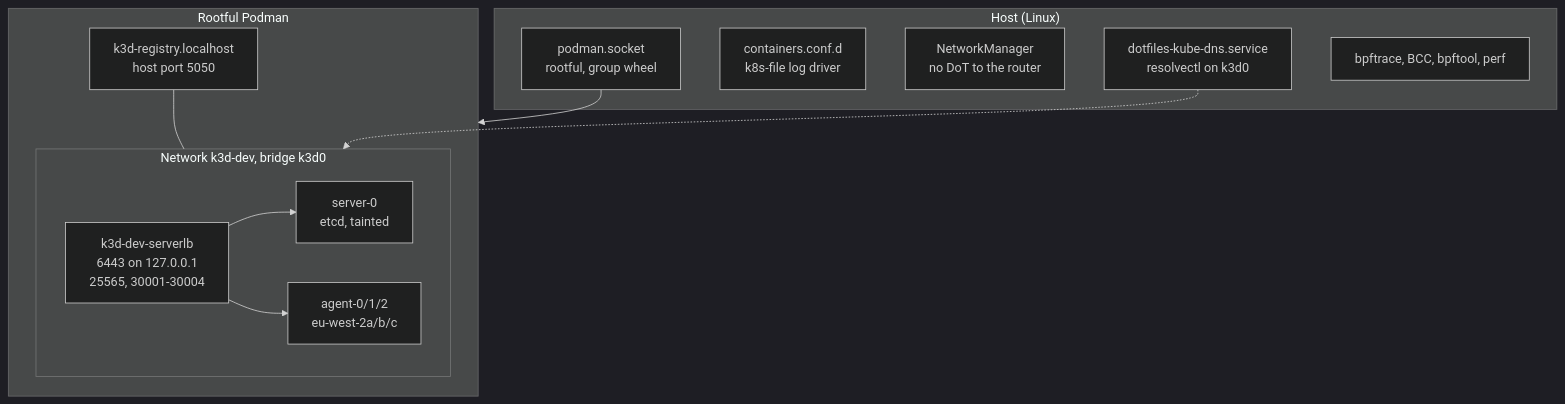
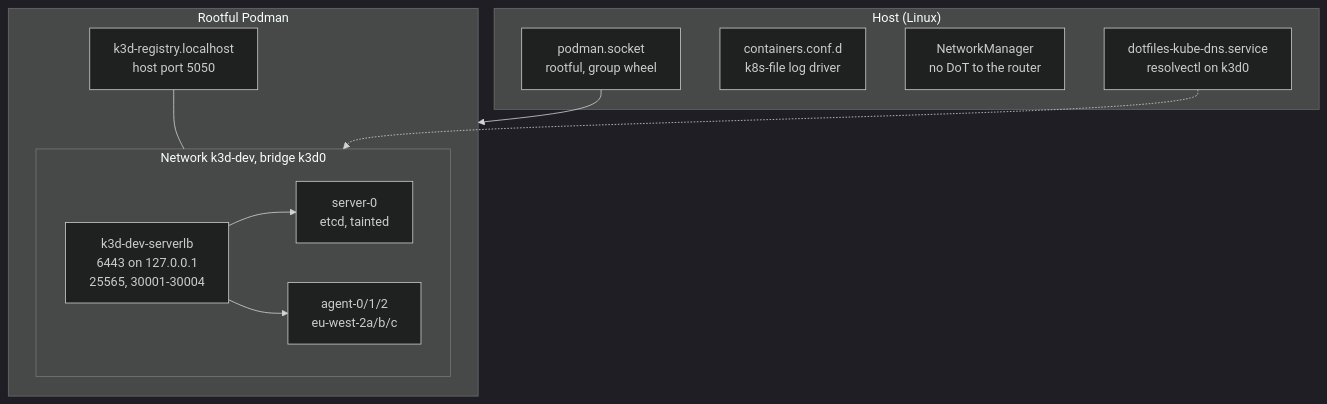
One commit to bourbonfgiles/dotfiles changed the second of 2 diagrams in kubernetes.md. Above: the diagram before and after it, drawn with Mermaid (dark theme). The commit also changed other lines of this file and 9 other files, not shown here.

````diff
--- a/kubernetes.md
+++ b/kubernetes.md
@@ -44,23 +44,22 @@
 ```mermaid
 flowchart TB
   subgraph host["Host (Linux)"]
     socket["podman.socket<br/>rootful, group wheel"]
     logs["containers.conf.d<br/>k8s-file log driver"]
     nm["NetworkManager<br/>no DoT to the router"]
     unit["dotfiles-kube-dns.service<br/>resolvectl on k3d0"]
-    bpf["bpftrace, BCC, bpftool, perf"]
   end
   subgraph podman["Rootful Podman"]
     registry["k3d-registry.localhost<br/>host port 5050"]
     subgraph net["Network k3d-dev, bridge k3d0"]
       lb["k3d-dev-serverlb<br/>6443 on 127.0.0.1<br/>25565, 30001-30004"]
       server["server-0<br/>etcd, tainted"]
       agents["agent-0/1/2<br/>eu-west-2a/b/c"]
     end
   end
   socket --> podman
   lb --> server
   lb --> agents
   registry --- net
   unit -.-> net
 ```
````
